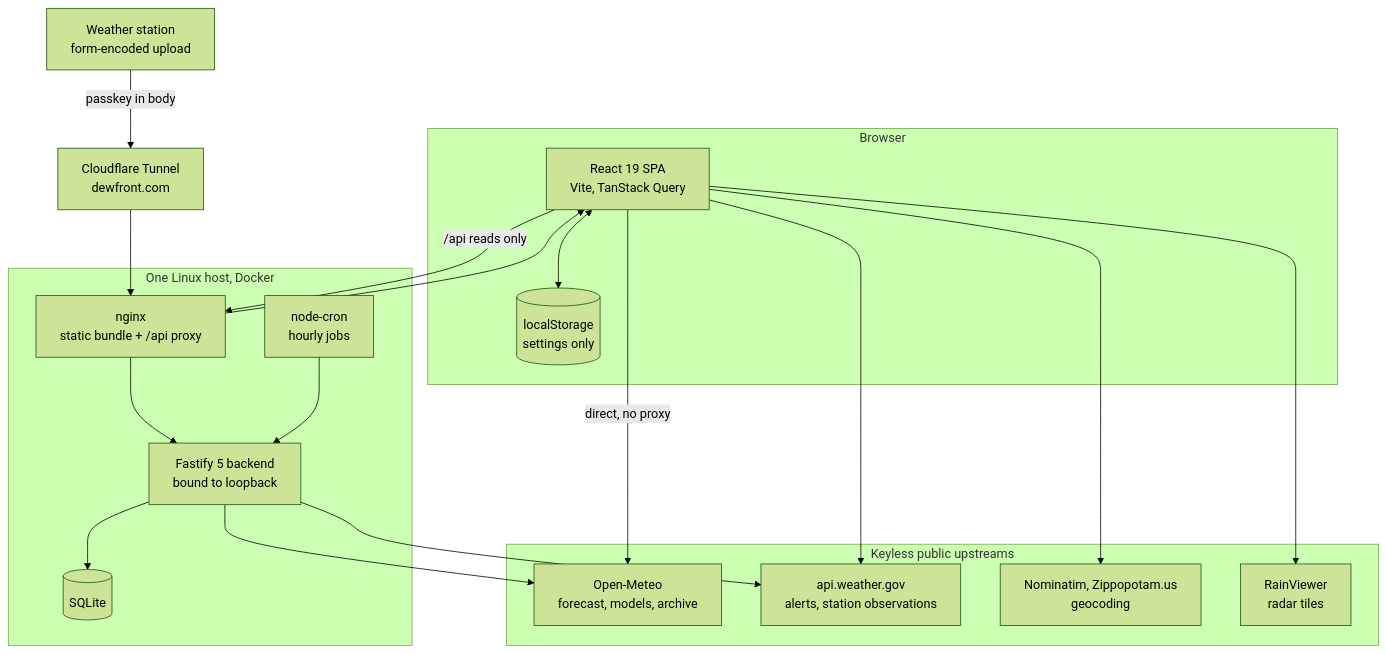
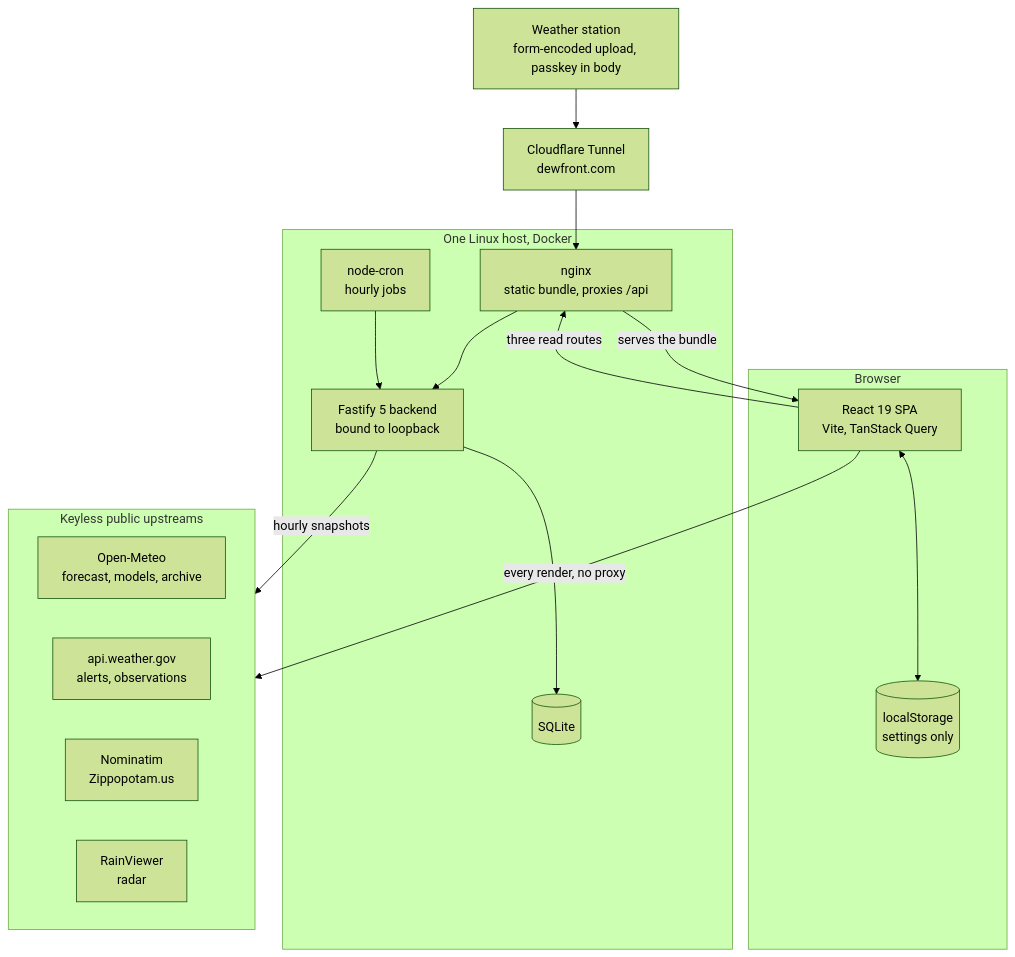
Before and after one commit to pete-builds/dewfront-showcase: the diagram in README.md, drawn with Mermaid (forest theme).

Commit message:
Redraw the architecture diagram so the request flow reads top down

````diff
--- a/README.md
+++ b/README.md
@@ -63,39 +63,35 @@
 ```mermaid
-flowchart TB
+flowchart TD
+    STN["Weather station<br/>form-encoded upload, passkey in body"]
+    CF["Cloudflare Tunnel<br/>dewfront.com"]
+
     subgraph browser["Browser"]
         SPA["React 19 SPA<br/>Vite, TanStack Query"]
         LS[("localStorage<br/>settings only")]
     end
 
     subgraph host["One Linux host, Docker"]
-        NGINX["nginx<br/>static bundle + /api proxy"]
+        NGINX["nginx<br/>static bundle, proxies /api"]
         API["Fastify 5 backend<br/>bound to loopback"]
         CRON["node-cron<br/>hourly jobs"]
         DB[("SQLite")]
     end
 
     subgraph up["Keyless public upstreams"]
         OM["Open-Meteo<br/>forecast, models, archive"]
-        NWS["api.weather.gov<br/>alerts, station observations"]
-        GEO["Nominatim, Zippopotam.us<br/>geocoding"]
-        RV["RainViewer<br/>radar tiles"]
+        NWS["api.weather.gov<br/>alerts, observations"]
+        GEO["Nominatim<br/>Zippopotam.us"]
+        RV["RainViewer<br/>radar"]
     end
 
-    CF["Cloudflare Tunnel<br/>dewfront.com"]
-    STN["Weather station<br/>form-encoded upload"]
-
+    STN --> CF
     CF --> NGINX
+    NGINX -->|"serves the bundle"| SPA
     SPA <--> LS
-    NGINX --> SPA
-    SPA -->|"direct, no proxy"| OM
-    SPA --> NWS
-    SPA --> GEO
-    SPA --> RV
-    SPA -->|"/api reads only"| NGINX
+    SPA -->|"every render, no proxy"| up
+    SPA -->|"three read routes"| NGINX
     NGINX --> API
+    CRON --> API
     API --> DB
-    CRON --> API
-    API --> OM
-    API --> NWS
-    STN -->|"passkey in body"| CF
+    API -->|"hourly snapshots"| up
 ```
````
